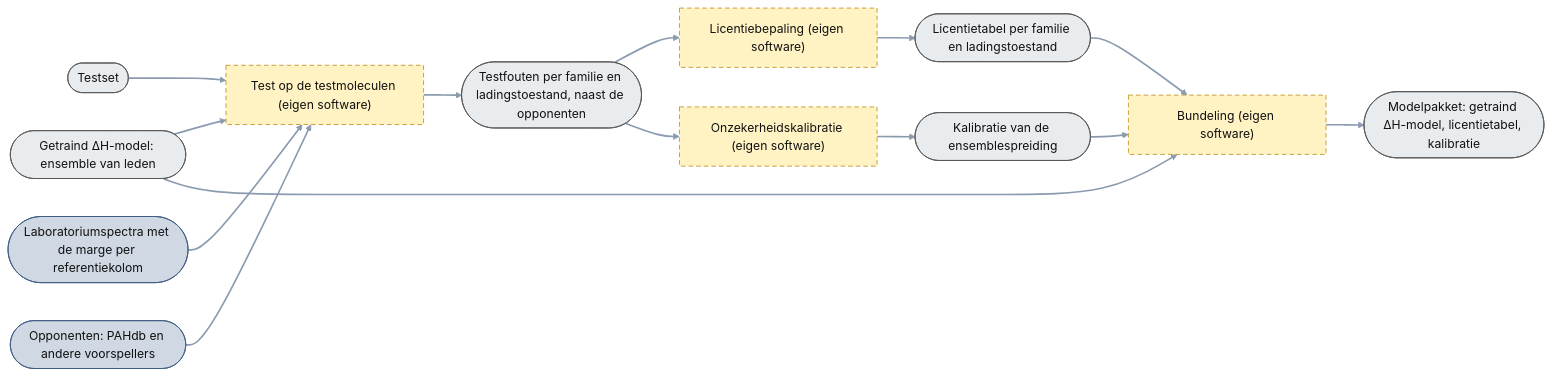
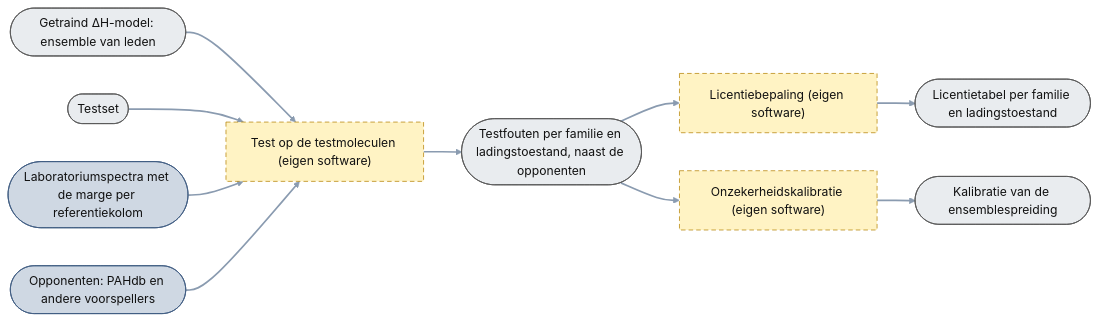
The diagram in plans/05_delta-probed-ir-pipeline/GoalGathering/architecture/21_test_en_licentie.mmd (thebreadishard/udacity-capstone-plan), drawn with Mermaid before and after one commit. The commit also changed 2 other files, not shown here.

Commit message:
Plan 05 architecture: option 1 for the model — sheet 3b ends in the licence table and the calibration (bundling step and modelpakket removed; the weights do not change there); the overview sends the trained ΔH-model from sheet 3 and the licence table with calibration from sheet 3b to the target pipeline; index row updated; rendered locally

```diff
--- a/plans/05_delta-probed-ir-pipeline/GoalGathering/architecture/21_test_en_licentie.mmd
+++ b/plans/05_delta-probed-ir-pipeline/GoalGathering/architecture/21_test_en_licentie.mmd
@@ -1,30 +1,26 @@
-%% Test en licentie (niveau 3b): uit het getrainde ΔH-model en de testset komt het modelpakket dat de target pipeline inlaadt. Doelarchitectuur; nog niet gebouwd.
+%% Test en licentie (niveau 3b): uit het getrainde ΔH-model en de testset komen de licentietabel en de kalibratie die de target pipeline naast het getrainde model gebruikt. De gewichten van het model veranderen hier niet. Doelarchitectuur; nog niet gebouwd.
 %% Rechthoek = processtap (bewerking + software); ronde uiteinden = data-object (het ding). Elke stap levert één data-object. Gestippeld = nog niet gebouwd.
 flowchart LR
   linkStyle default stroke:#8a9bb0,stroke-width:2.2px
   classDef planned stroke-dasharray: 6 4,stroke:#b8860b,fill:#fff3c4,color:#111
   classDef data fill:#e9ecef,stroke:#555,color:#111
   classDef ext fill:#cfd8e3,stroke:#3d5a80,color:#111
 
   ENS(["Getraind ΔH-model: ensemble van leden"]):::data
   TESTSET(["Testset"]):::data
   LABDB(["Laboratoriumspectra met de marge per referentiekolom"]):::ext
   PAHDB(["Opponenten: PAHdb en andere voorspellers"]):::ext
   TEST["Test op de testmoleculen (eigen software)"]:::planned
   TESTR(["Testfouten per familie en ladingstoestand, naast de opponenten"]):::data
   LIC["Licentiebepaling (eigen software)"]:::planned
   LICT(["Licentietabel per familie en ladingstoestand"]):::data
   CAL["Onzekerheidskalibratie (eigen software)"]:::planned
   CALR(["Kalibratie van de ensemblespreiding"]):::data
-  PACK["Bundeling (eigen software)"]:::planned
-  MODEL(["Modelpakket: getraind ΔH-model, licentietabel, kalibratie"]):::data
 
   ENS --> TEST
   TESTSET --> TEST
   LABDB --> TEST
   PAHDB --> TEST
   TEST --> TESTR
-  TESTR --> LIC --> LICT --> PACK
-  TESTR --> CAL --> CALR --> PACK
-  ENS --> PACK
-  PACK --> MODEL
+  TESTR --> LIC --> LICT
+  TESTR --> CAL --> CALR
```
